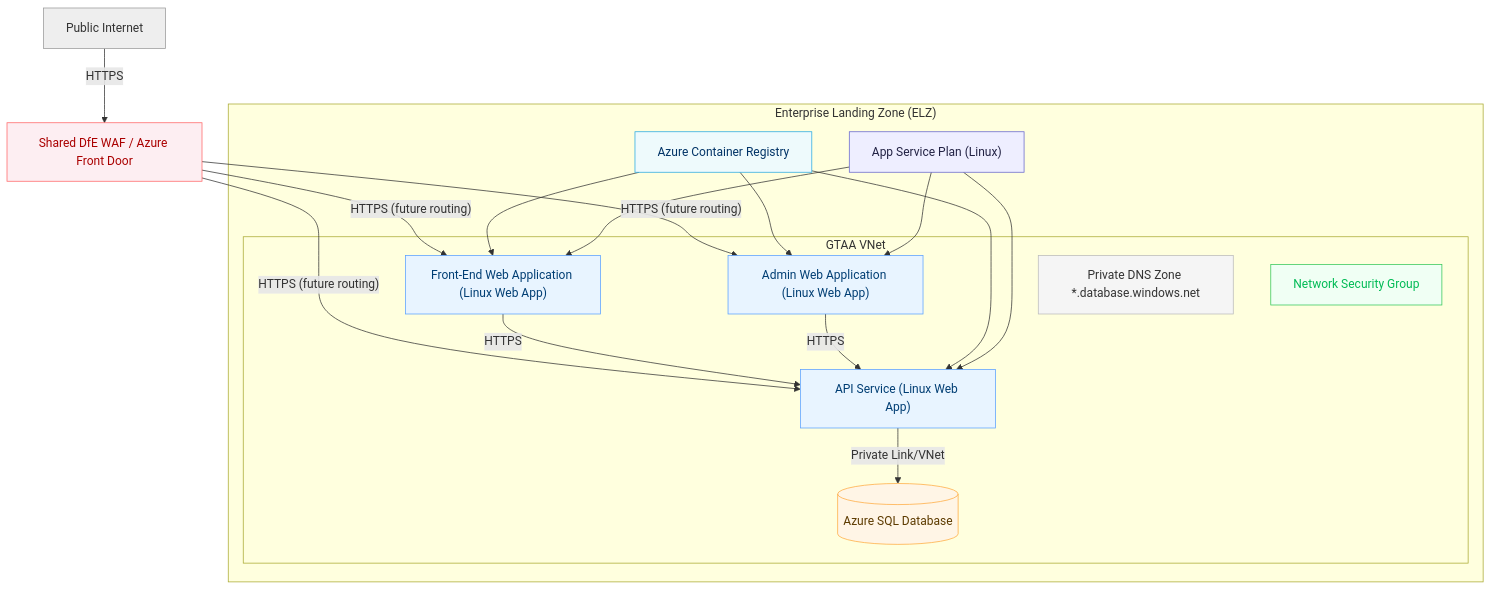
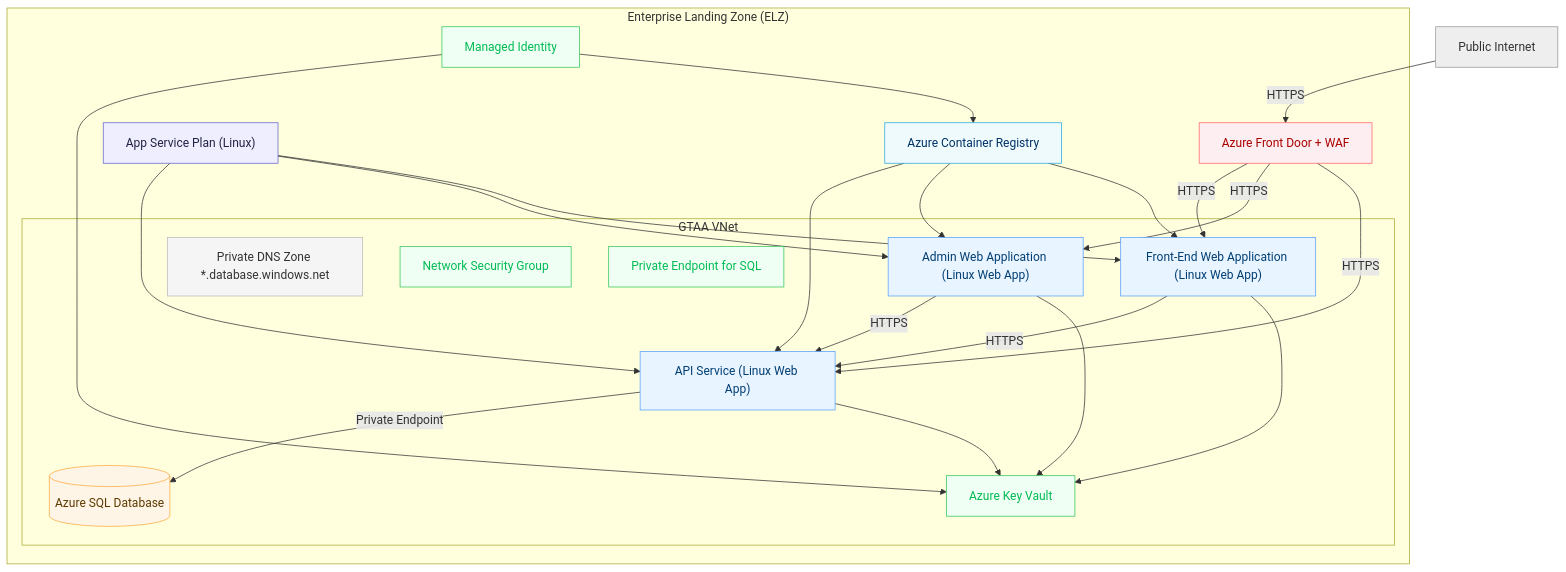
One commit to DFE-Digital/get-to-an-answer changed the first of 3 diagrams in src/Infrastructure/README.md. Above: the diagram before and after it, drawn with Mermaid. The commit also changed other lines of this file and 10 other files, not shown here.

````diff
--- a/src/Infrastructure/README.md
+++ b/src/Infrastructure/README.md
@@ -13,44 +15,55 @@
 ```mermaid
 flowchart TB
-  subgraph ELZ["Enterprise Landing Zone (ELZ)"]
-    subgraph VNET[GTAA VNet]
-      API["API Service (Linux Web App)"]:::app
-      ADM["Admin Web Application (Linux Web App)"]:::app
-      FE["Front-End Web Application (Linux Web App)"]:::app
-      SQL[(Azure SQL Database)]:::db
-      PDZ[Private DNS Zone *.database.windows.net]:::dns
-      NSG[Network Security Group]:::sec
-    end
-    ACR[Azure Container Registry]:::acr
-    ASP["App Service Plan (Linux)"]:::plan
-  end
+subgraph ELZ["Enterprise Landing Zone (ELZ)"]
+subgraph VNET[GTAA VNet]
+API["API Service (Linux Web App)"]:::app
+ADM["Admin Web Application (Linux Web App)"]:::app
+FE["Front-End Web Application (Linux Web App)"]:::app
+SQL[(Azure SQL Database)]:::db
+PDZ[Private DNS Zone *.database.windows.net]:::dns
+NSG[Network Security Group]:::sec
+PE[Private Endpoint for SQL]:::sec
+KV[Azure Key Vault]:::sec
+end
+ACR[Azure Container Registry]:::acr
+ASP["App Service Plan (Linux)"]:::plan
+FD[Azure Front Door + WAF]:::waf
+MI[Managed Identity]:::sec
+end
 
-  PUB[Public Internet]:::ext -->|HTTPS| WAF[Shared DfE WAF / Azure Front Door]:::waf
-  WAF -->|"HTTPS (future routing)"| FE
-  WAF -->|"HTTPS (future routing)"| ADM
-  WAF -->|"HTTPS (future routing)"| API
+PUB[Public Internet]:::ext -->|HTTPS| FD
+FD -->|HTTPS| FE
+FD -->|HTTPS| ADM
+FD -->|HTTPS| API
 
-  FE -->|HTTPS| API
-  ADM -->|HTTPS| API
-  API -->|Private Link/VNet| SQL
+FE -->|HTTPS| API
+ADM -->|HTTPS| API
+API -->|Private Endpoint| SQL
 
-  ACR --> API
-  ACR --> ADM
-  ACR --> FE
+ACR --> API
+ACR --> ADM
+ACR --> FE
 
-  ASP --> API
-  ASP --> ADM
-  ASP --> FE
+ASP --> API
+ASP --> ADM
+ASP --> FE
 
-  PDZ --- VNET
-  NSG --- VNET
+MI --> KV
+MI --> ACR
+API --> KV
+ADM --> KV
+FE --> KV
 
-  classDef app fill:#e8f4ff,stroke:#5aa0ff,color:#003e74;
-  classDef db fill:#fff5e6,stroke:#ffab40,color:#5d3b00;
-  classDef dns fill:#f5f5f5,stroke:#bbb,color:#333;
-  classDef sec fill:#f0fff4,stroke:#34c759,color:#0b5;
-  classDef plan fill:#eef,stroke:#66c,color:#224;
-  classDef acr fill:#eefafc,stroke:#27a9e1,color:#036;
-  classDef waf fill:#fdeef2,stroke:#f66,color:#a00;
-  classDef ext fill:#eee,stroke:#999,color:#333;
+PDZ --- VNET
+NSG --- VNET
+PE --- VNET
+
+classDef app fill:#e8f4ff,stroke:#5aa0ff,color:#003e74;
+classDef db fill:#fff5e6,stroke:#ffab40,color:#5d3b00;
+classDef dns fill:#f5f5f5,stroke:#bbb,color:#333;
+classDef sec fill:#f0fff4,stroke:#34c759,color:#0b5;
+classDef plan fill:#eef,stroke:#66c,color:#224;
+classDef acr fill:#eefafc,stroke:#27a9e1,color:#036;
+classDef waf fill:#fdeef2,stroke:#f66,color:#a00;
+classDef ext fill:#eee,stroke:#999,color:#333;
 ```
````
